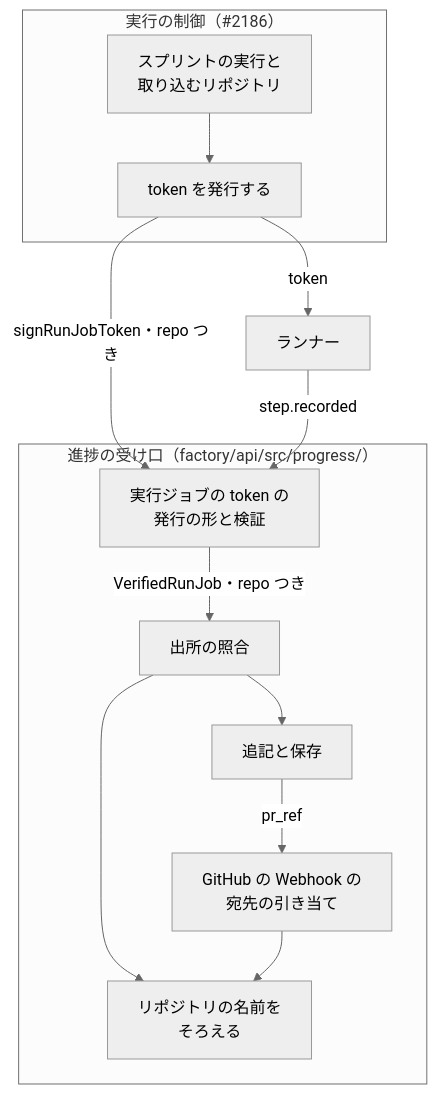
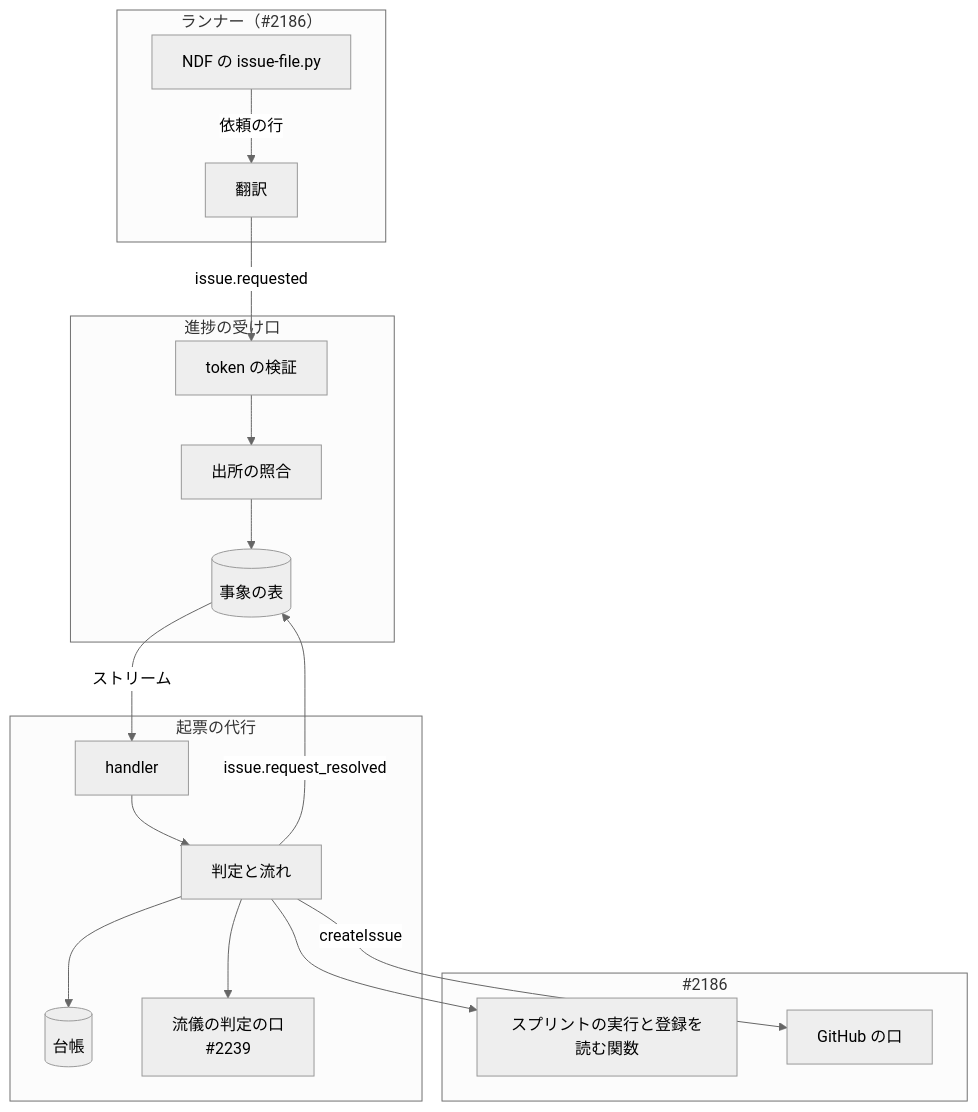
One commit to devbasex/ai-plugins changed the first of 5 diagrams in issues/issue-2216-design.md. Above: the diagram before and after it, drawn with Mermaid (neutral theme). The commit also changed other lines of this file and 4 other files, not shown here.

````diff
--- a/issues/issue-2216-design.md
+++ b/issues/issue-2216-design.md
@@ -99,24 +133,31 @@
 ```mermaid
 graph TD
-    subgraph 実行の制御["実行の制御（#2186）"]
-        RUN[スプリントの実行と<br>取り込むリポジトリ]
-        ISSUE[token を発行する]
+    subgraph ランナー側["ランナー（#2186）"]
+        NDF[NDF の issue-file.py]
+        TR[翻訳]
     end
-    subgraph 受け口["進捗の受け口（factory/api/src/progress/）"]
-        TOKEN[実行ジョブの token の<br>発行の形と検証]
+    subgraph 受け口["進捗の受け口"]
+        TOKEN[token の検証]
         AUTH[出所の照合]
-        NAME[リポジトリの名前を<br>そろえる]
-        STORE[追記と保存]
-        GH[GitHub の Webhook の<br>宛先の引き当て]
+        STORE[(事象の表)]
     end
-    RUNNER[ランナー]
-    RUN --> ISSUE
-    ISSUE -->|signRunJobToken・repo つき| TOKEN
-    ISSUE -->|token| RUNNER
-    RUNNER -->|step.recorded| TOKEN
-    TOKEN -->|VerifiedRunJob・repo つき| AUTH
-    AUTH --> NAME
-    AUTH --> STORE
-    STORE -->|pr_ref| GH
-    GH --> NAME
+    subgraph 代行["起票の代行"]
+        H[handler]
+        RES[判定と流れ]
+        LED[(台帳)]
+        STY[流儀の判定の口<br>#2239]
+    end
+    subgraph 制御["#2186"]
+        RUNS[スプリントの実行と登録を読む関数]
+        GHP[GitHub の口]
+    end
+    NDF -->|依頼の行| TR
+    TR -->|issue.requested| TOKEN
+    TOKEN --> AUTH --> STORE
+    STORE -->|ストリーム| H --> RES
+    RES --> LED
+    RES --> STY
+    RES --> RUNS
+    RES -->|createIssue| GHP
+    RES -->|issue.request_resolved| STORE
 ```
````
